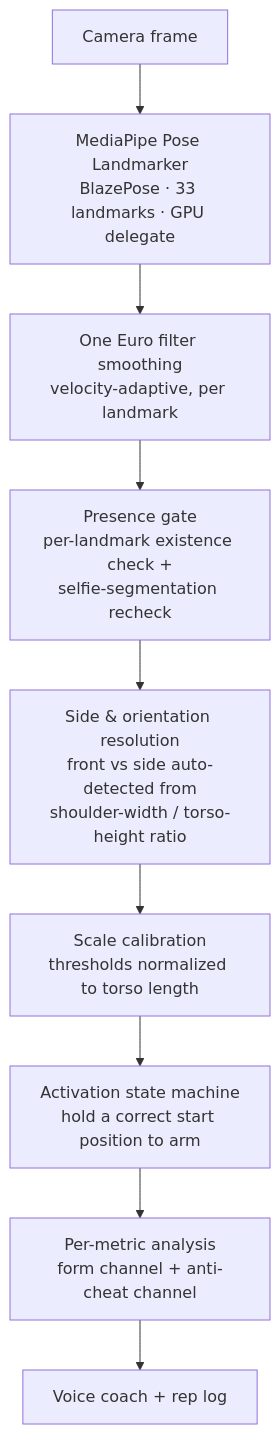
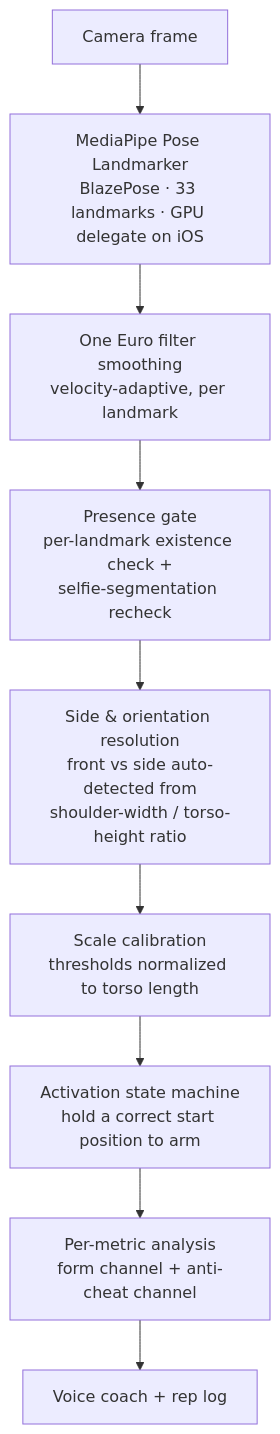
One commit to Seaw24/vika-showcase changed the diagram in README.md. Above: the diagram before and after it, drawn with Mermaid. The commit also changed other lines of this file, not shown here.

````diff
--- a/README.md
+++ b/README.md
@@ -47,11 +49,11 @@
 ```mermaid
 flowchart TD
-    A[Camera frame] --> B[MediaPipe Pose Landmarker<br/>BlazePose · 33 landmarks · GPU delegate]
+    A[Camera frame] --> B[MediaPipe Pose Landmarker<br/>BlazePose · 33 landmarks · GPU delegate on iOS]
     B --> C[One Euro filter smoothing<br/>velocity-adaptive, per landmark]
     C --> D[Presence gate<br/>per-landmark existence check +<br/>selfie-segmentation recheck]
     D --> E[Side & orientation resolution<br/>front vs side auto-detected from<br/>shoulder-width / torso-height ratio]
     E --> F[Scale calibration<br/>thresholds normalized to torso length]
     F --> G[Activation state machine<br/>hold a correct start position to arm]
     G --> H[Per-metric analysis<br/>form channel + anti-cheat channel]
     H --> I[Voice coach + rep log]
 ```
````
